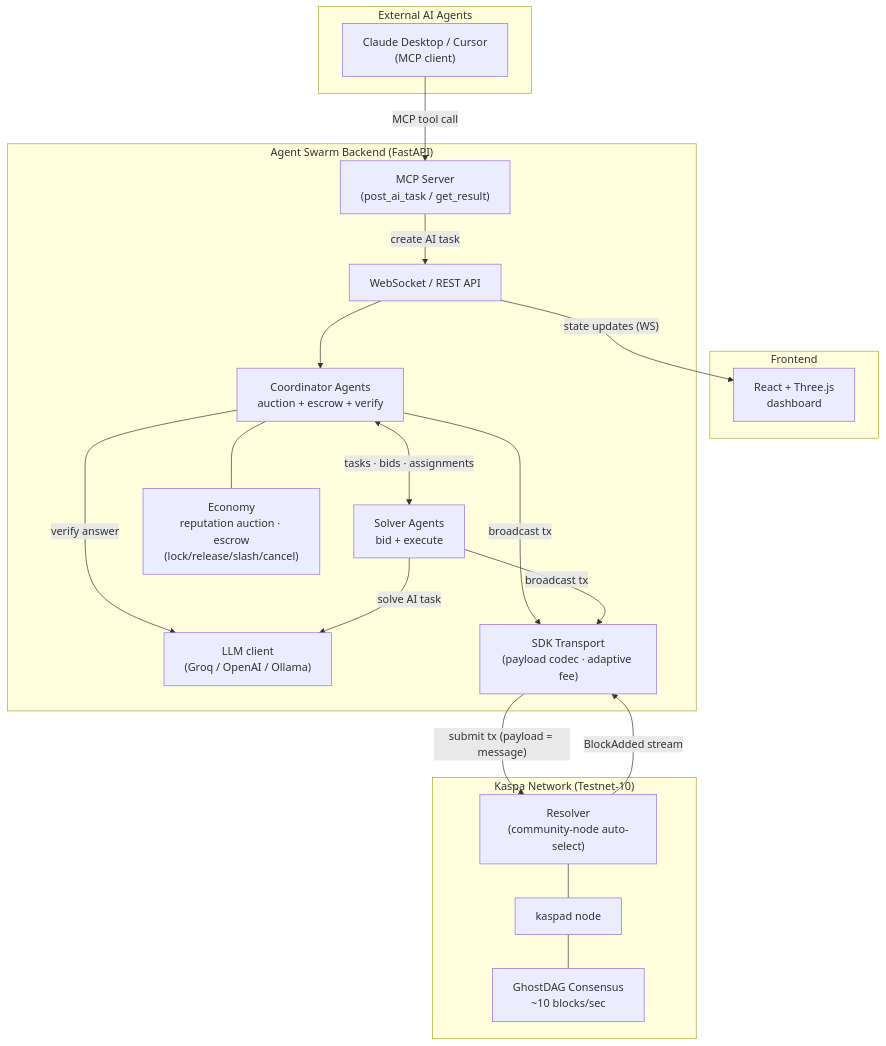
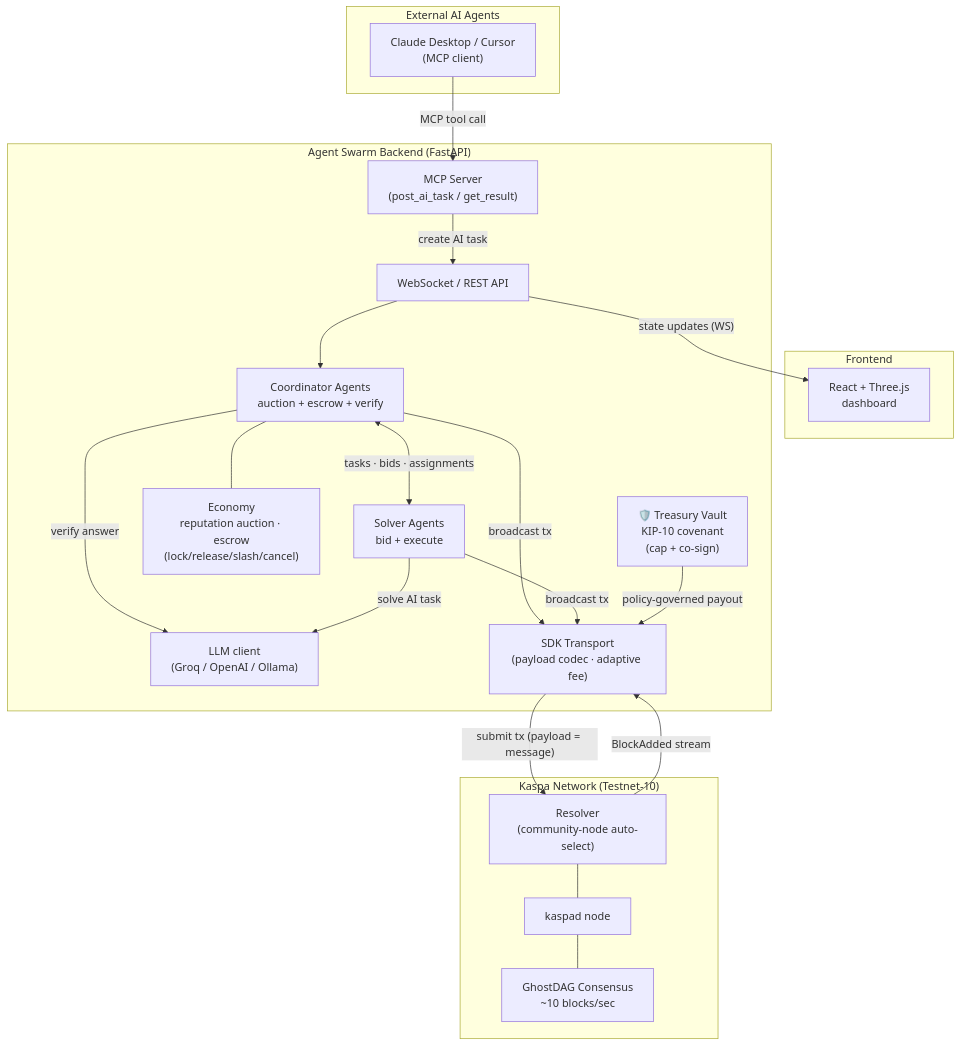
One commit to Nihal-Pandey-2302/kaspaswarm changed the first of 2 diagrams in README.md. Above: the diagram before and after it, drawn with Mermaid. The commit also changed other lines of this file and 1 other file, not shown here.

First line of the commit message:
Docs + UI: document the on-chain covenant governance feature

````diff
--- a/README.md
+++ b/README.md
@@ -83,41 +84,43 @@
 ```mermaid
 graph TD
     subgraph EXT["External AI Agents"]
         MCP["Claude Desktop / Cursor<br/>(MCP client)"]
     end
 
     subgraph FE["Frontend"]
         React["React + Three.js<br/>dashboard"]
     end
 
     subgraph BE["Agent Swarm Backend (FastAPI)"]
         MCPSrv["MCP Server<br/>(post_ai_task / get_result)"]
         API["WebSocket / REST API"]
         Coord["Coordinator Agents<br/>auction + escrow + verify"]
         Solver["Solver Agents<br/>bid + execute"]
         Econ["Economy<br/>reputation auction · escrow<br/>(lock/release/slash/cancel)"]
+        Vault["🛡️ Treasury Vault<br/>KIP-10 covenant<br/>(cap + co-sign)"]
         LLM["LLM client<br/>(Groq / OpenAI / Ollama)"]
         TX["SDK Transport<br/>(payload codec · adaptive fee)"]
 
         MCPSrv --"create AI task"--> API
         API --> Coord
         Coord <--"tasks · bids · assignments"--> Solver
         Coord --- Econ
         Coord --"verify answer"--> LLM
         Solver --"solve AI task"--> LLM
         Coord --"broadcast tx"--> TX
         Solver --"broadcast tx"--> TX
+        Vault --"policy-governed payout"--> TX
     end
 
     subgraph KAS["Kaspa Network (Testnet-10)"]
         Resolver["Resolver<br/>(community-node auto-select)"]
         Node["kaspad node"]
         Consensus["GhostDAG Consensus<br/>~10 blocks/sec"]
         Resolver --- Node --- Consensus
     end
 
     MCP --"MCP tool call"--> MCPSrv
     TX --"submit tx (payload = message)"--> Resolver
     Resolver --"BlockAdded stream"--> TX
     API --"state updates (WS)"--> React
 ```
````
